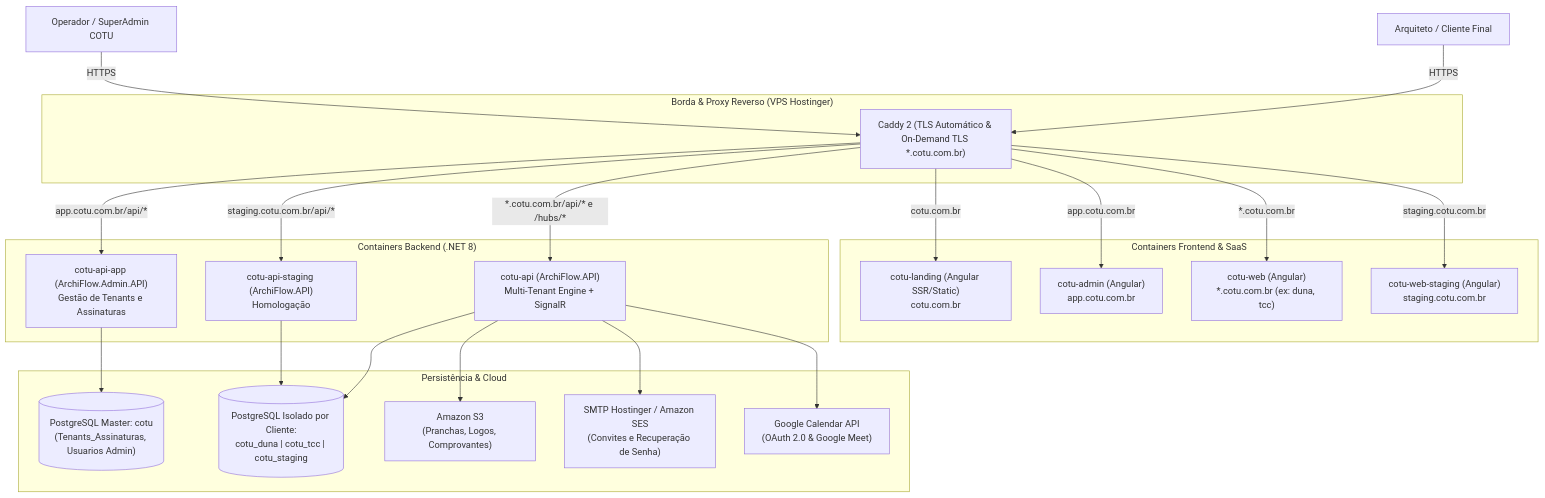
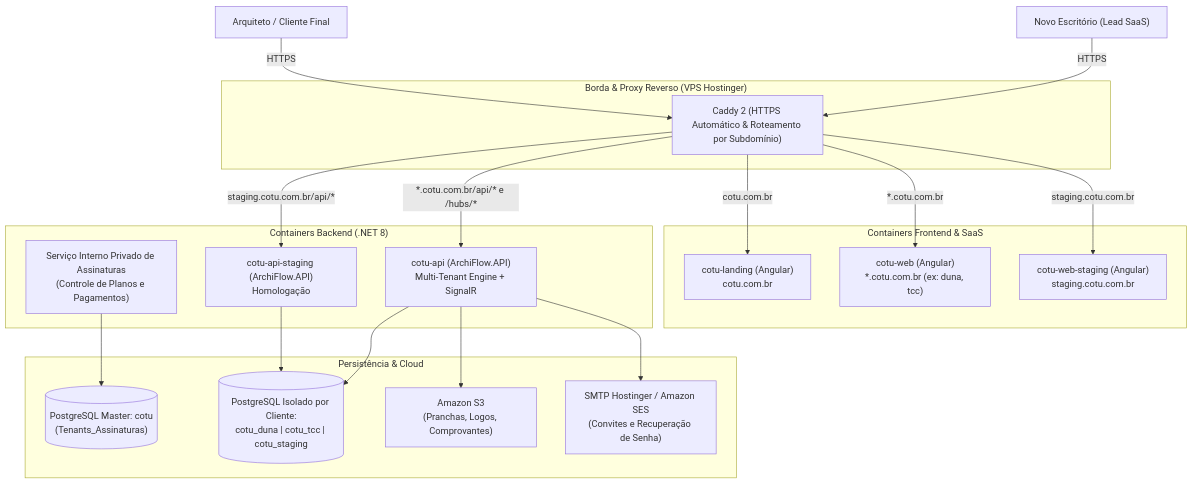
The first of 2 diagrams in docs/ARQUITETURA_MULTITENANT_E_PROVISIONAMENTO.md (GabrielBandoch/ArchiFlow), drawn with Mermaid before and after one commit. The commit also changed other lines of this file and 5 other files, not shown here.

````diff
--- a/docs/ARQUITETURA_MULTITENANT_E_PROVISIONAMENTO.md
+++ b/docs/ARQUITETURA_MULTITENANT_E_PROVISIONAMENTO.md
@@ -11,48 +11,43 @@
 ```mermaid
 flowchart TB
     User["Arquiteto / Cliente Final"]
-    AdminUser["Operador / SuperAdmin COTU"]
+    Prospect["Novo Escritório (Lead SaaS)"]
 
     subgraph Edge["Borda & Proxy Reverso (VPS Hostinger)"]
-        Caddy["Caddy 2 (TLS Automático & On-Demand TLS *.cotu.com.br)"]
+        Caddy["Caddy 2 (HTTPS Automático & Roteamento por Subdomínio)"]
     end
 
     subgraph Apps["Containers Frontend & SaaS"]
-        Landing["cotu-landing (Angular SSR/Static)<br/>cotu.com.br"]
-        AdminWeb["cotu-admin (Angular)<br/>app.cotu.com.br"]
+        Landing["cotu-landing (Angular)<br/>cotu.com.br"]
         WebProd["cotu-web (Angular)<br/>*.cotu.com.br (ex: duna, tcc)"]
         WebStg["cotu-web-staging (Angular)<br/>staging.cotu.com.br"]
     end
 
     subgraph APIs["Containers Backend (.NET 8)"]
-        AdminAPI["cotu-api-app (ArchiFlow.Admin.API)<br/>Gestão de Tenants e Assinaturas"]
+        BillingSvc["Serviço Interno Privado de Assinaturas<br/>(Controle de Planos e Pagamentos)"]
         ProdAPI["cotu-api (ArchiFlow.API)<br/>Multi-Tenant Engine + SignalR"]
         StgAPI["cotu-api-staging (ArchiFlow.API)<br/>Homologação"]
     end
 
     subgraph Data["Persistência & Cloud"]
-        PGMaster[("PostgreSQL Master: cotu<br/>(Tenants_Assinaturas, Usuarios Admin)")]
+        PGMaster[("PostgreSQL Master: cotu<br/>(Tenants_Assinaturas)")]
         PGTenants[("PostgreSQL Isolado por Cliente:<br/>cotu_duna | cotu_tcc | cotu_staging")]
         S3["Amazon S3<br/>(Pranchas, Logos, Comprovantes)"]
         Email["SMTP Hostinger / Amazon SES<br/>(Convites e Recuperação de Senha)"]
-        GCal["Google Calendar API<br/>(OAuth 2.0 & Google Meet)"]
     end
 
+    Prospect -->|HTTPS| Caddy
     User -->|HTTPS| Caddy
-    AdminUser -->|HTTPS| Caddy
 
     Caddy -->|"cotu.com.br"| Landing
-    Caddy -->|"app.cotu.com.br"| AdminWeb
-    Caddy -->|"app.cotu.com.br/api/*"| AdminAPI
     Caddy -->|"*.cotu.com.br"| WebProd
     Caddy -->|"*.cotu.com.br/api/* e /hubs/*"| ProdAPI
     Caddy -->|"staging.cotu.com.br"| WebStg
     Caddy -->|"staging.cotu.com.br/api/*"| StgAPI
 
-    AdminAPI --> PGMaster
+    BillingSvc --> PGMaster
     ProdAPI --> PGTenants
     StgAPI --> PGTenants
     ProdAPI --> S3
     ProdAPI --> Email
-    ProdAPI --> GCal
 ```
````
